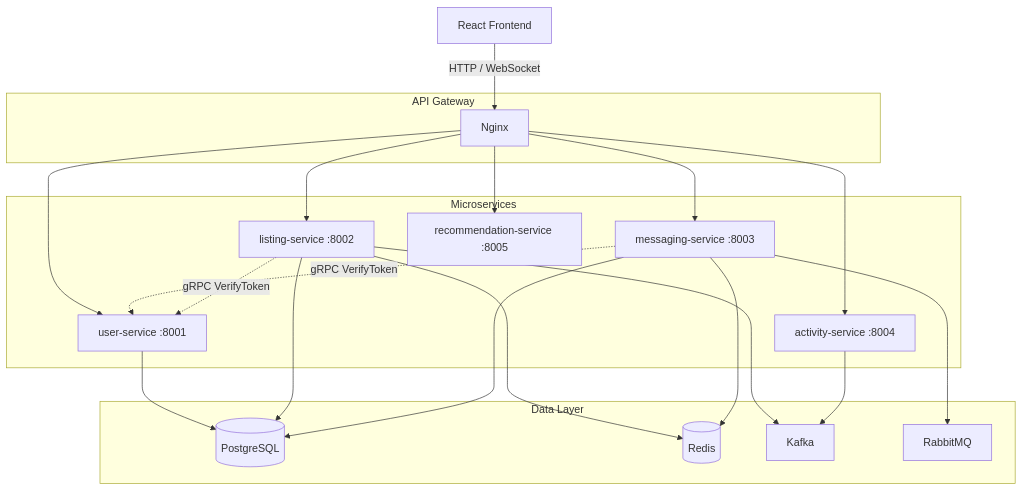
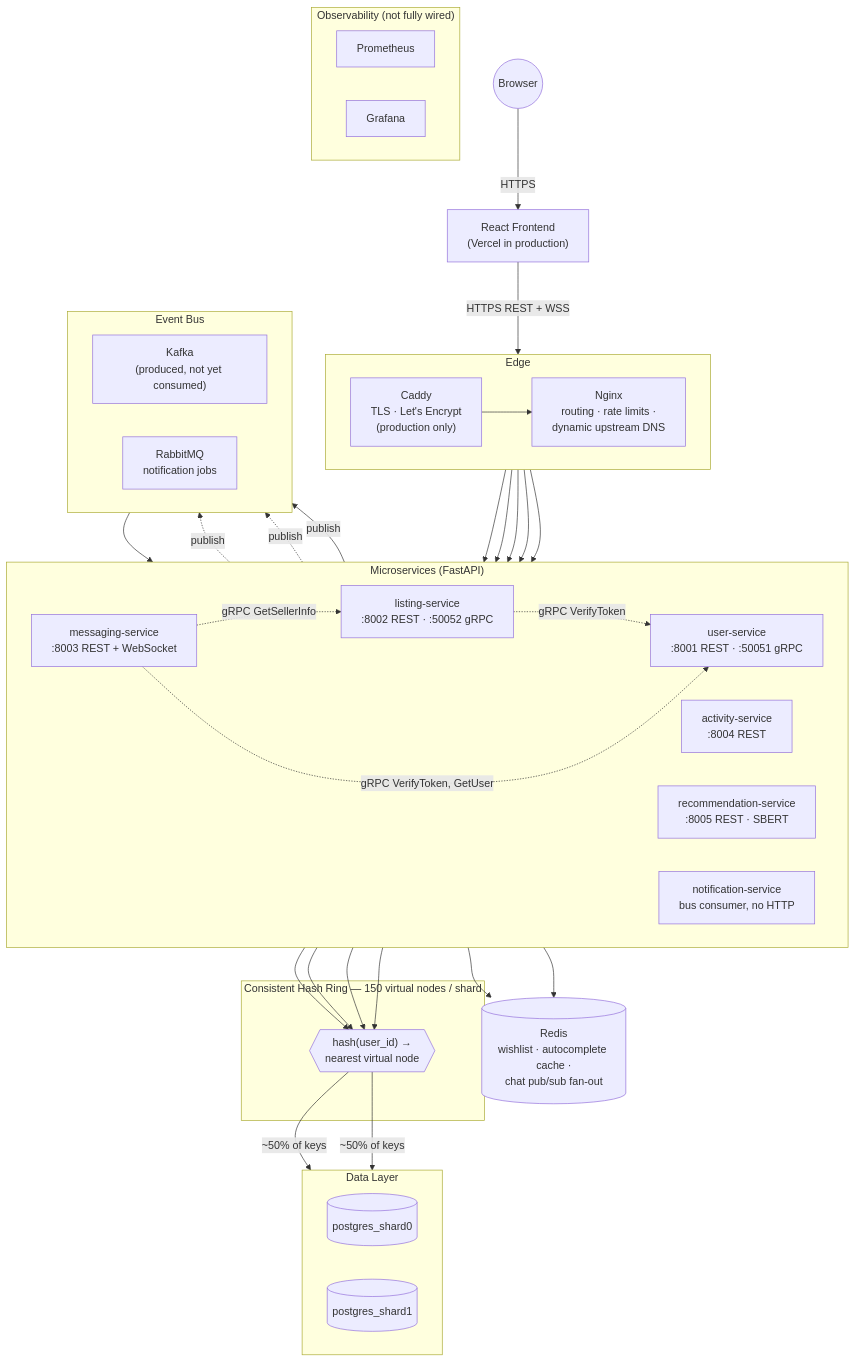
Before and after one commit to meghnanag2/electrohub-distributed-marketplace: the first of 4 diagrams in README.md, drawn with Mermaid. The commit also changed other lines of this file, not shown here.

First line of the commit message:
Revise README for FastAPI version and feature updates

````diff
--- a/README.md
+++ b/README.md
@@ -107,42 +164,73 @@
 ```mermaid
-graph TD;
-    FE[React Frontend]
+flowchart TB
+    User(("Browser"))
 
-    subgraph GW [API Gateway]
-        NGINX[Nginx]
+    User -- "HTTPS" --> FE["React Frontend<br/>(Vercel in production)"]
+    FE -- "HTTPS REST + WSS" --> EDGE
+
+    subgraph EDGE ["Edge"]
+        direction LR
+        CADDY["Caddy<br/>TLS · Let's Encrypt<br/>(production only)"]
+        NGINX["Nginx<br/>routing · rate limits ·<br/>dynamic upstream DNS"]
+        CADDY --> NGINX
     end
 
-    subgraph SVC [Microservices]
-        US[user-service :8001]
-        LS[listing-service :8002]
-        MS[messaging-service :8003]
-        AS[activity-service :8004]
-        RS[recommendation-service :8005]
+    subgraph SVC ["Microservices (FastAPI)"]
+        direction LR
+        US["user-service<br/>:8001 REST · :50051 gRPC"]
+        LS["listing-service<br/>:8002 REST · :50052 gRPC"]
+        MS["messaging-service<br/>:8003 REST + WebSocket"]
+        AS["activity-service<br/>:8004 REST"]
+        RS["recommendation-service<br/>:8005 REST · SBERT"]
+        NS["notification-service<br/>bus consumer, no HTTP"]
     end
 
-    subgraph DATA [Data Layer]
-        PG[(PostgreSQL)]
-        RD[(Redis)]
-        KF[Kafka]
-        RMQ[RabbitMQ]
-    end
-
-    FE -->|HTTP / WebSocket| NGINX
     NGINX --> US
     NGINX --> LS
     NGINX --> MS
     NGINX --> AS
     NGINX --> RS
 
-    US --> PG
-    LS --> PG
+    LS -. "gRPC VerifyToken" .-> US
+    MS -. "gRPC VerifyToken, GetUser" .-> US
+    MS -. "gRPC GetSellerInfo" .-> LS
+
+    subgraph RING ["Consistent Hash Ring — 150 virtual nodes / shard"]
+        HASH{{"hash(user_id) →<br/>nearest virtual node"}}
+    end
+
+    US --> HASH
+    LS --> HASH
+    MS --> HASH
+    AS --> HASH
+
+    subgraph DATA ["Data Layer"]
+        direction LR
+        PG0[("postgres_shard0")]
+        PG1[("postgres_shard1")]
+    end
+
+    HASH -->|"~50% of keys"| PG0
+    HASH -->|"~50% of keys"| PG1
+
+    RD[("Redis<br/>wishlist · autocomplete cache ·<br/>chat pub/sub fan-out")]
     LS --> RD
-    MS --> PG
     MS --> RD
-    LS --> KF
-    AS --> KF
-    MS --> RMQ
 
-    MS -.->|gRPC VerifyToken| US
-    LS -.->|gRPC VerifyToken| US
+    subgraph BUS ["Event Bus"]
+        direction LR
+        KF["Kafka<br/>(produced, not yet consumed)"]
+        RMQ["RabbitMQ<br/>notification jobs"]
+    end
+
+    LS -. publish .-> KF
+    MS -. publish .-> KF
+    MS -- publish --> RMQ
+    RMQ --> NS
+
+    subgraph OBS ["Observability (not fully wired)"]
+        direction LR
+        PROM["Prometheus"]
+        GRAF["Grafana"]
+    end
 ```
````
